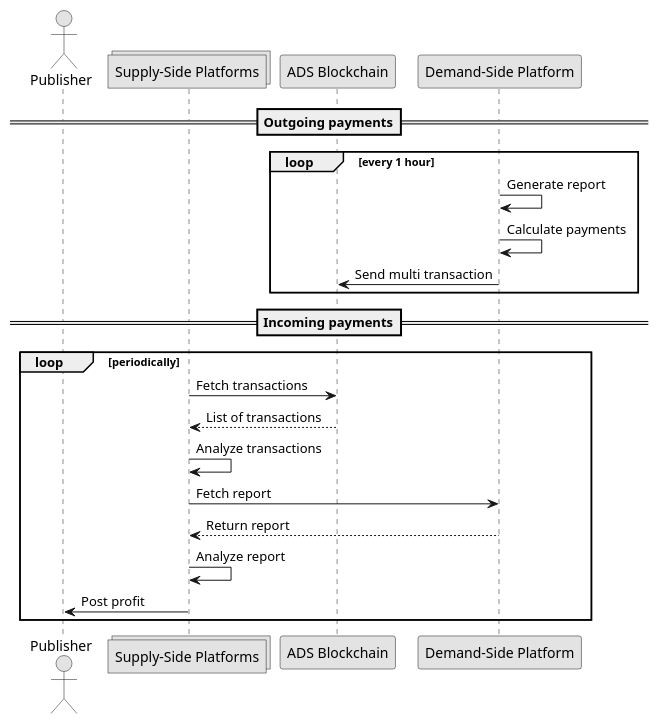
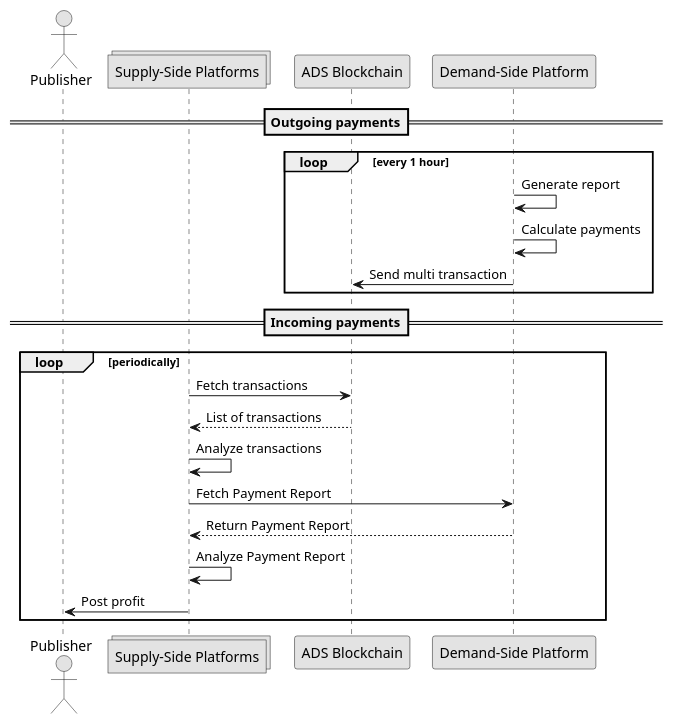
The first of 2 diagrams in protocol/payments/index.rst (adshares/adshares-docs), drawn with PlantUML before and after one commit. The commit also changed 10 other files, not shown here.

```diff
--- a/protocol/payments/index.rst
+++ b/protocol/payments/index.rst
@@ -8,30 +8,30 @@
 .. uml::
     :align: center
 
     skinparam monochrome true
 
     actor       "Publisher"             as publisher
     collections "Supply-Side Platforms" as SSP
     participant "ADS Blockchain"        as blockchain
     participant "Demand-Side Platform"  as DSP
 
     ==Outgoing payments==
 
     loop every 1 hour
         DSP -> DSP: Generate report
         DSP -> DSP: Calculate payments
         DSP -> blockchain: Send multi transaction
     end
 
     ==Incoming payments==
 
     loop periodically
         SSP -> blockchain: Fetch transactions
         blockchain --> SSP: List of transactions
         SSP -> SSP: Analyze transactions
 
-        SSP -> DSP: Fetch report
-        DSP --> SSP: Return report
-        SSP -> SSP: Analyze report
+        SSP -> DSP: Fetch Payment Report
+        DSP --> SSP: Return Payment Report
+        SSP -> SSP: Analyze Payment Report
         SSP -> publisher: Post profit
     end
```
